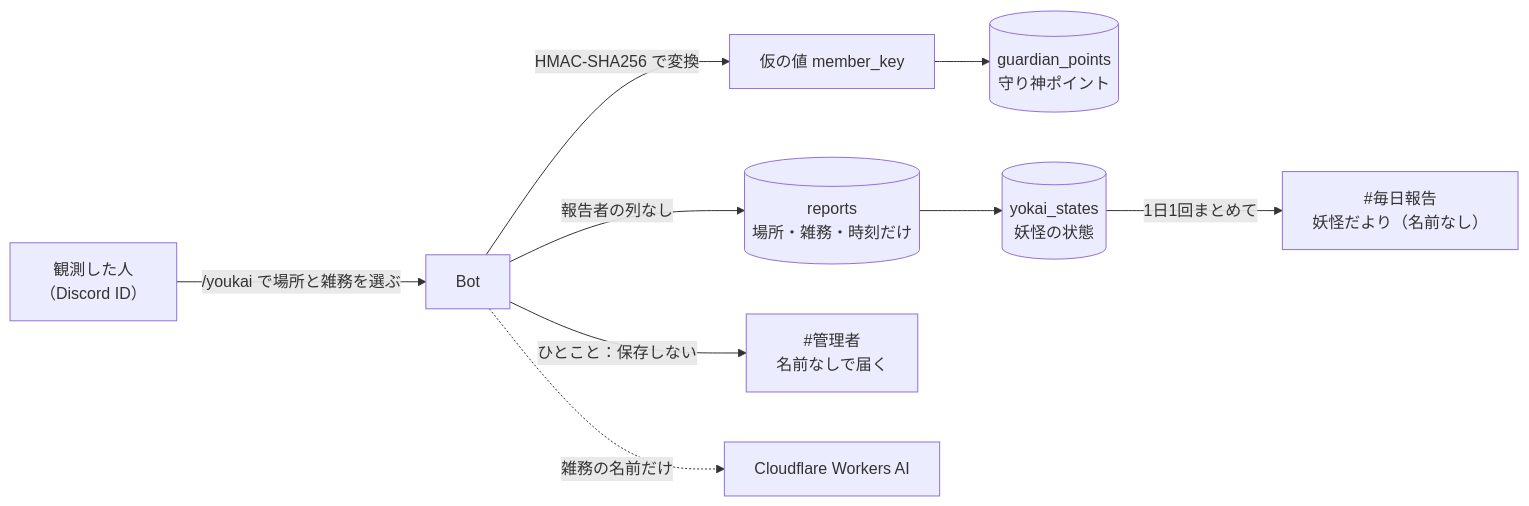
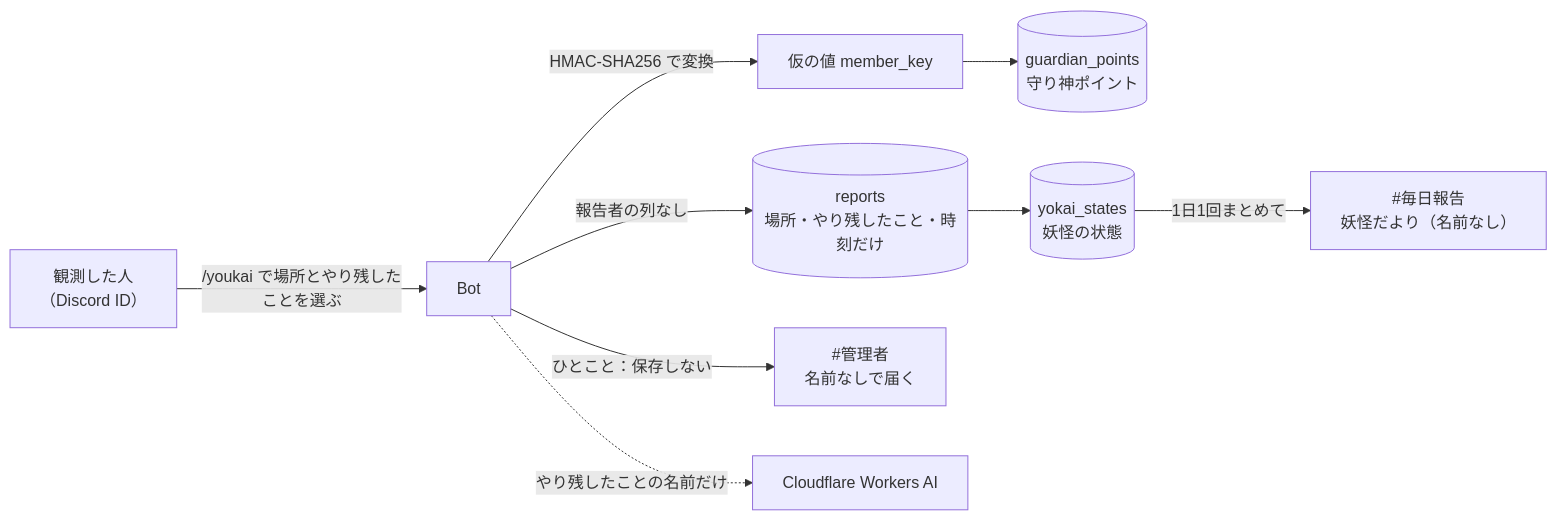
Before and after one commit to jphacks/tkb_2602: the diagram in README.md, drawn with Mermaid. The commit also changed other lines of this file, not shown here.

Commit message:
docs: adopt Iwata's README wording (やり残したこと, headings, tables)

````diff
--- a/README.md
+++ b/README.md
@@ -288,11 +288,11 @@
 ```mermaid
 flowchart LR
-  U["観測した人<br/>（Discord ID）"] -->|"/youkai で場所と雑務を選ぶ"| B["Bot"]
+  U["観測した人<br/>（Discord ID）"] -->|"/youkai で場所とやり残したことを選ぶ"| B["Bot"]
   B -->|"HMAC-SHA256 で変換"| K["仮の値 member_key"]
   K --> G[("guardian_points<br/>守り神ポイント")]
-  B -->|"報告者の列なし"| R[("reports<br/>場所・雑務・時刻だけ")]
+  B -->|"報告者の列なし"| R[("reports<br/>場所・やり残したこと・時刻だけ")]
   R --> Y[("yokai_states<br/>妖怪の状態")]
   Y -->|"1日1回まとめて"| D["#毎日報告<br/>妖怪だより（名前なし）"]
   B -->|"ひとこと：保存しない"| A["#管理者<br/>名前なしで届く"]
-  B -.->|"雑務の名前だけ"| AI["Cloudflare Workers AI"]
+  B -.->|"やり残したことの名前だけ"| AI["Cloudflare Workers AI"]
 ```
````
